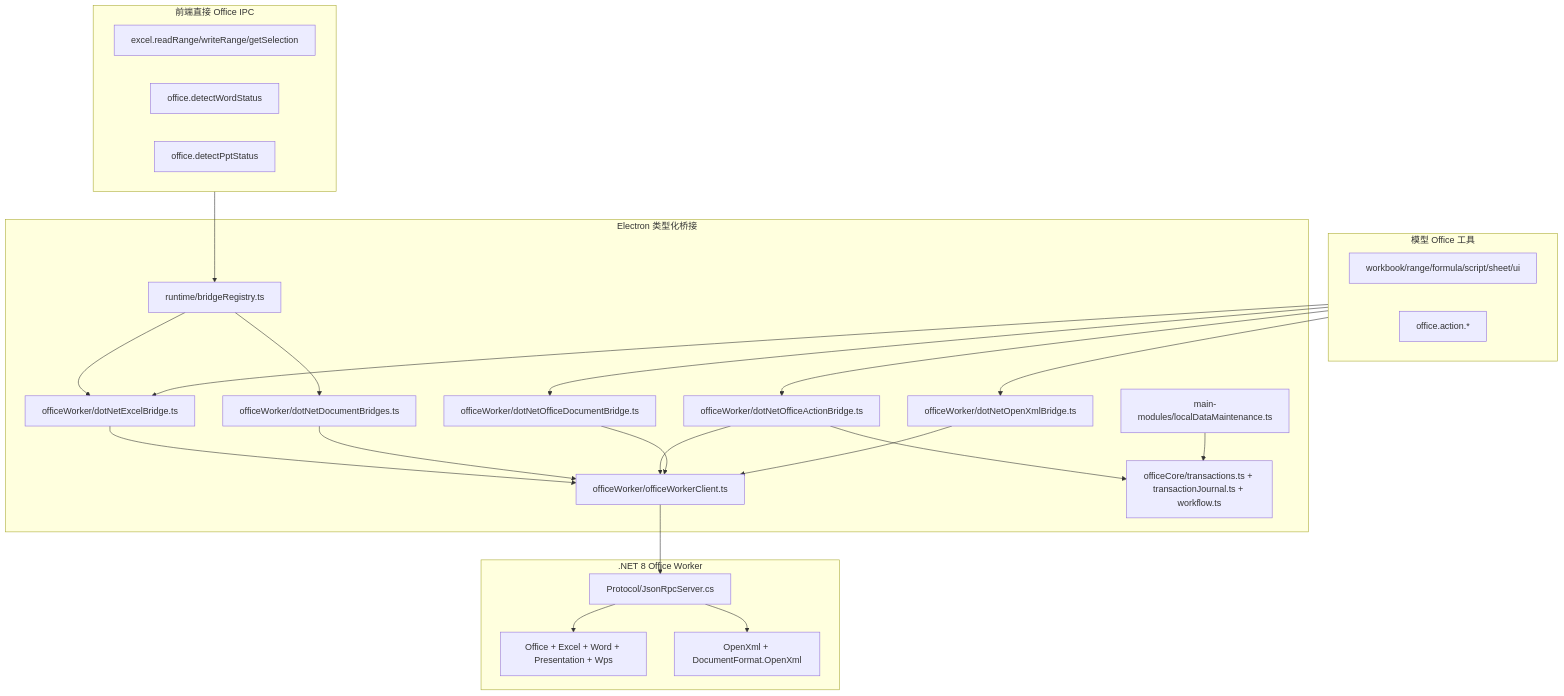
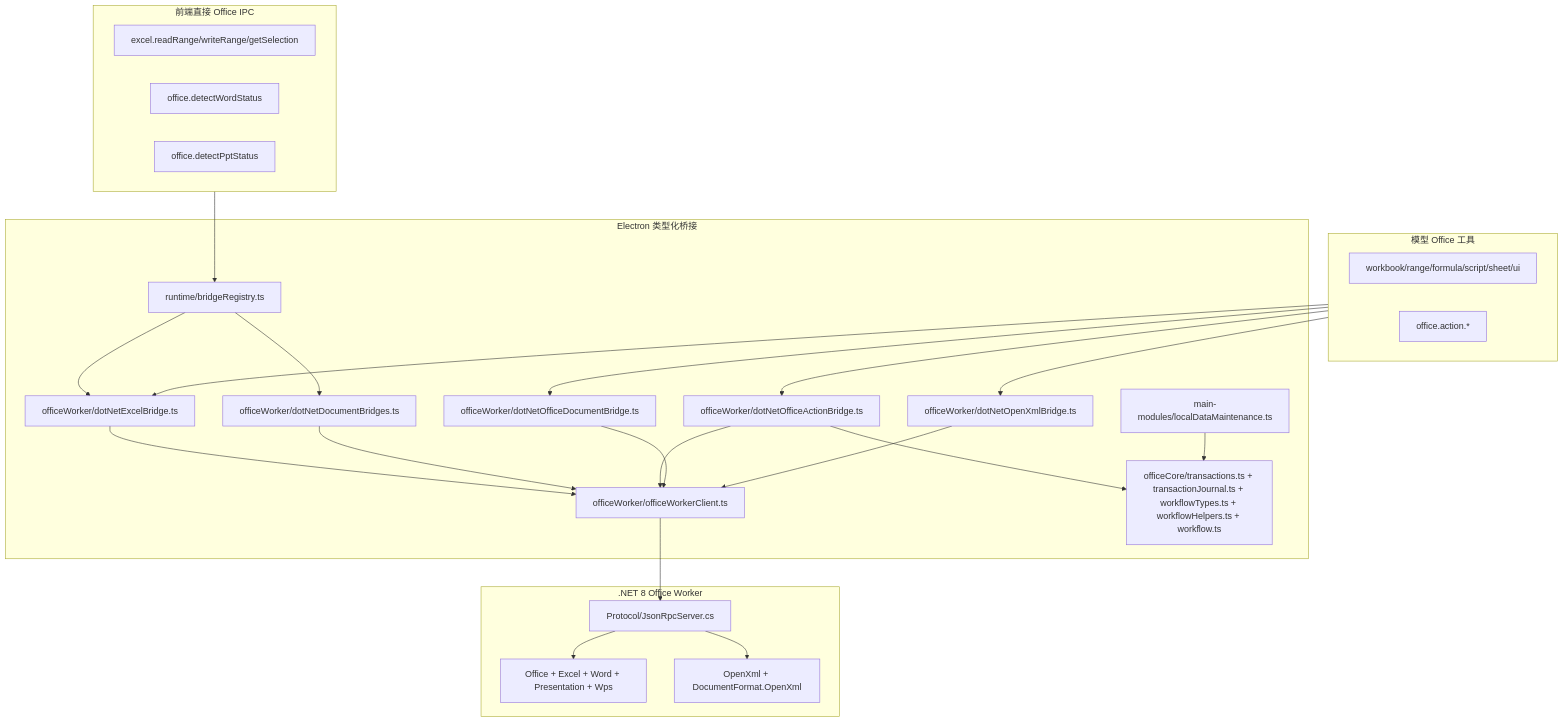
One commit to Laowang3366/excel-ai-plugin-new-feature changed the seventh of 11 diagrams in docs/architecture-map.md. Above: the diagram before and after it, drawn with Mermaid. The commit also changed other lines of this file and 7 other files, not shown here.

Commit message:
refactor: decouple office workflow domain types

````diff
--- a/docs/architecture-map.md
+++ b/docs/architecture-map.md
@@ -321,49 +321,49 @@
 ```mermaid
 flowchart TB
   subgraph DirectIPC["前端直接 Office IPC"]
     ExcelUi["excel.readRange/writeRange/getSelection"]
     WordStatus["office.detectWordStatus"]
     PptStatus["office.detectPptStatus"]
   end
 
   subgraph AgentTools["模型 Office 工具"]
     ExcelTools["workbook/range/formula/script/sheet/ui"]
     OfficeTools["office.action.*"]
   end
 
   subgraph Bridges["Electron 类型化桥接"]
     Registry["runtime/bridgeRegistry.ts"]
     ExcelBridge["officeWorker/dotNetExcelBridge.ts"]
     DocumentBridges["officeWorker/dotNetDocumentBridges.ts"]
     ActionBridge["officeWorker/dotNetOfficeActionBridge.ts"]
     Documents["officeWorker/dotNetOfficeDocumentBridge.ts"]
     OpenXmlBridge["officeWorker/dotNetOpenXmlBridge.ts"]
     Client["officeWorker/officeWorkerClient.ts"]
-    Transactions["officeCore/transactions.ts + transactionJournal.ts + workflow.ts"]
+    Transactions["officeCore/transactions.ts + transactionJournal.ts + workflowTypes.ts + workflowHelpers.ts + workflow.ts"]
     Retention["main-modules/localDataMaintenance.ts"]
   end
 
   subgraph Worker[".NET 8 Office Worker"]
     JsonRpc["Protocol/JsonRpcServer.cs"]
     ComServices["Office + Excel + Word + Presentation + Wps"]
     OpenXmlServices["OpenXml + DocumentFormat.OpenXml"]
   end
 
   DirectIPC --> Registry
   Registry --> ExcelBridge
   Registry --> DocumentBridges
   AgentTools --> ExcelBridge
   AgentTools --> ActionBridge
   AgentTools --> Documents
   AgentTools --> OpenXmlBridge
   ActionBridge --> Transactions
   Retention --> Transactions
   ExcelBridge --> Client
   DocumentBridges --> Client
   ActionBridge --> Client
   Documents --> Client
   OpenXmlBridge --> Client
   Client --> JsonRpc
   JsonRpc --> ComServices
   JsonRpc --> OpenXmlServices
 ```
````
